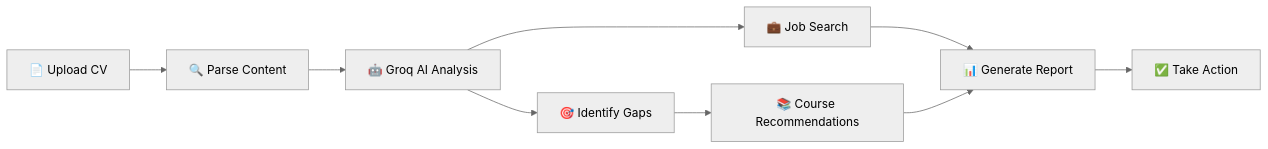
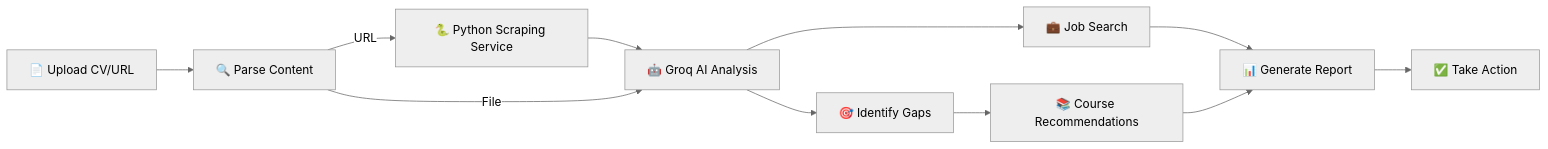
The diagram in README.md (SamoTech/Wazivo), drawn with Mermaid (neutral theme) before and after one commit. The commit also changed other lines of this file, not shown here.

````diff
--- a/README.md
+++ b/README.md
@@ -224,11 +274,13 @@
 ```mermaid
 graph LR
-    A[📄 Upload CV] --> B[🔍 Parse Content]
-    B --> C[🤖 Groq AI Analysis]
+    A[📄 Upload CV/URL] --> B[🔍 Parse Content]
+    B -->|URL| B1[🐍 Python Scraping Service]
+    B1 --> C[🤖 Groq AI Analysis]
+    B -->|File| C
     C --> D[💼 Job Search]
     C --> E[🎯 Identify Gaps]
     E --> F[📚 Course Recommendations]
     D --> G[📊 Generate Report]
     F --> G
     G --> H[✅ Take Action]
 ```
````
